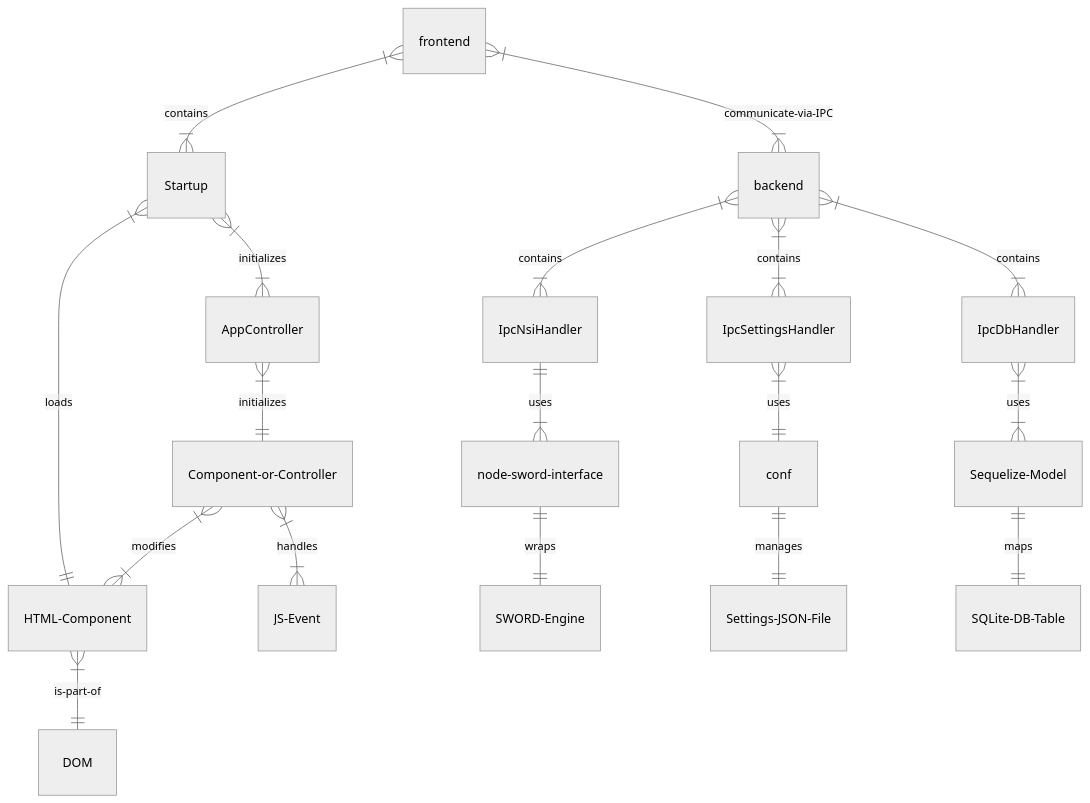
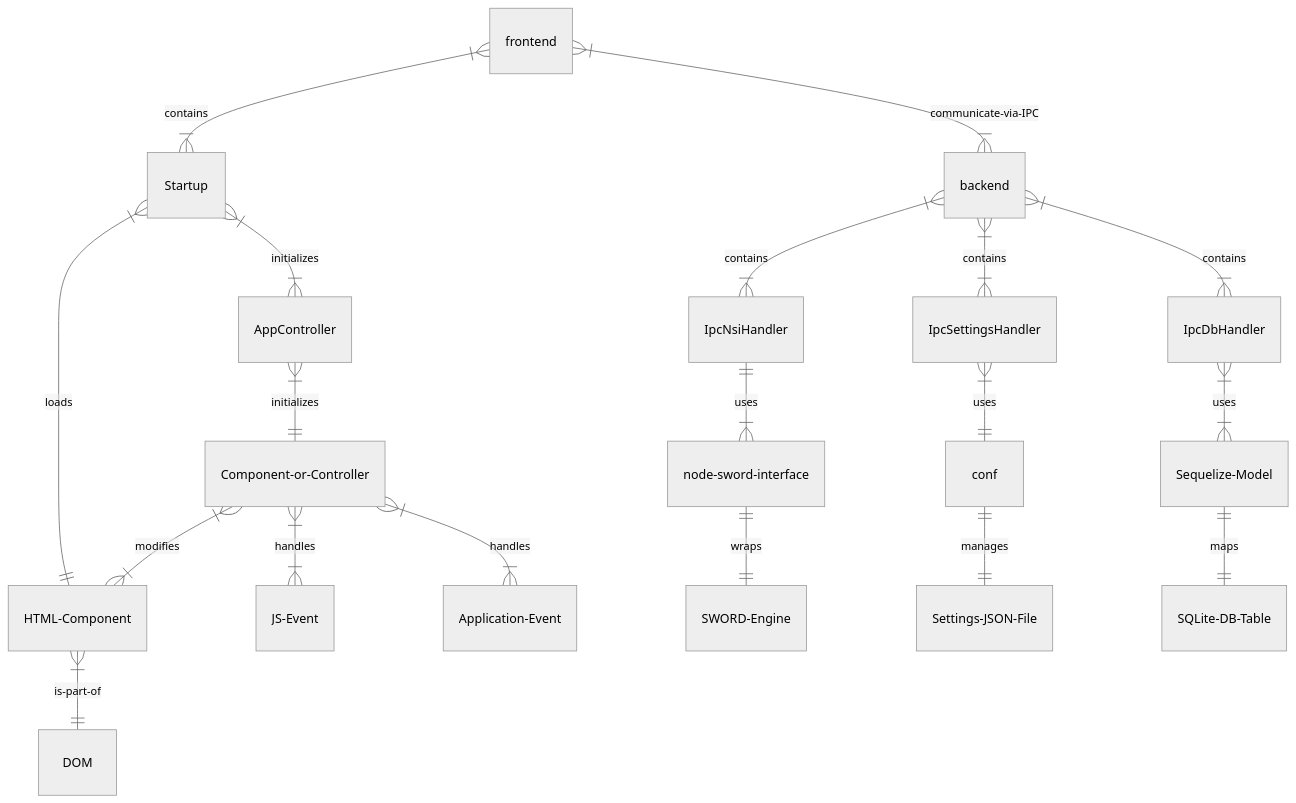
Before and after one commit to ezra-bible-app/ezra-bible-app: the first of 2 diagrams in DESIGN.md, drawn with Mermaid (neutral theme). The commit also changed other lines of this file, not shown here.

Commit message:
Update DESIGN description

```diff
--- a/DESIGN.md
+++ b/DESIGN.md
@@ -48,20 +48,21 @@
 <div class="mermaid">
 erDiagram
     frontend                  }|--|{    backend                   : communicate-via-IPC
     frontend                  }|--|{    Startup                   : contains
     Startup                   }|--||    HTML-Component            : loads
     Startup                   }|--|{    AppController             : initializes
     AppController             }|--||    Component-or-Controller   : initializes
     HTML-Component            }|--||    DOM                       : is-part-of
     Component-or-Controller   }|--|{    HTML-Component            : modifies
     Component-or-Controller   }|--|{    JS-Event                  : handles
+    Component-or-Controller   }|--|{    Application-Event         : handles
     backend                   }|--|{    IpcNsiHandler             : contains
     backend                   }|--|{    IpcSettingsHandler        : contains
     backend                   }|--|{    IpcDbHandler              : contains
     IpcNsiHandler             ||--|{    node-sword-interface      : uses
     node-sword-interface      ||--||    SWORD-Engine              : wraps
     IpcSettingsHandler        }|--||    conf                      : uses
     conf                      ||--||    Settings-JSON-File        : manages
     IpcDbHandler              }|--|{    Sequelize-Model           : uses
     Sequelize-Model           ||--||    SQLite-DB-Table           : maps
 </div>
```
